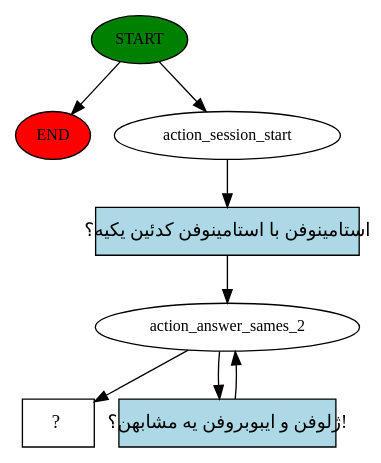
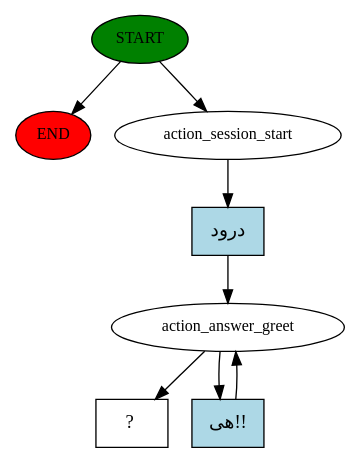
Before and after one commit to APKNOOBCODER/Hamtech_Rasa: the diagram in story_graph.dot, drawn with Graphviz. The commit also changed 5 other files, not shown here.

```diff
--- a/story_graph.dot
+++ b/story_graph.dot
@@ -1,16 +1,16 @@
 digraph  {
 0 [class="start active", fillcolor=green, fontsize=12, label=START, style=filled];
 "-1" [class=end, fillcolor=red, fontsize=12, label=END, style=filled];
 1 [class=active, fontsize=12, label=action_session_start];
-2 [class=active, fontsize=12, label=action_answer_sames_2];
-4 [class="intent dashed active", label="  ?  ", shape=rect];
-5 [class="intent active", fillcolor=lightblue, label="استامینوفن با استامینوفن کدئین یکیه؟", shape=rect, style=filled];
-6 [class="intent active", fillcolor=lightblue, label="ژلوفن و ایبوبروفن یه مشابهن؟!", shape=rect, style=filled];
+2 [class=active, fontsize=12, label=action_answer_greet];
+5 [class="intent dashed active", label="  ?  ", shape=rect];
+6 [class="intent active", fillcolor=lightblue, label="درود", shape=rect, style=filled];
+7 [class="intent active", fillcolor=lightblue, label="هی!!", shape=rect, style=filled];
 0 -> "-1"  [class="", key=NONE, label=""];
 0 -> 1  [class=active, key=NONE, label=""];
-1 -> 5  [class=active, key=0];
-2 -> 4  [class=active, key=NONE, label=""];
-2 -> 6  [class=active, key=0];
-5 -> 2  [class=active, key=0];
+1 -> 6  [class=active, key=0];
+2 -> 5  [class=active, key=NONE, label=""];
+2 -> 7  [class=active, key=0];
 6 -> 2  [class=active, key=0];
+7 -> 2  [class=active, key=0];
 }
```
